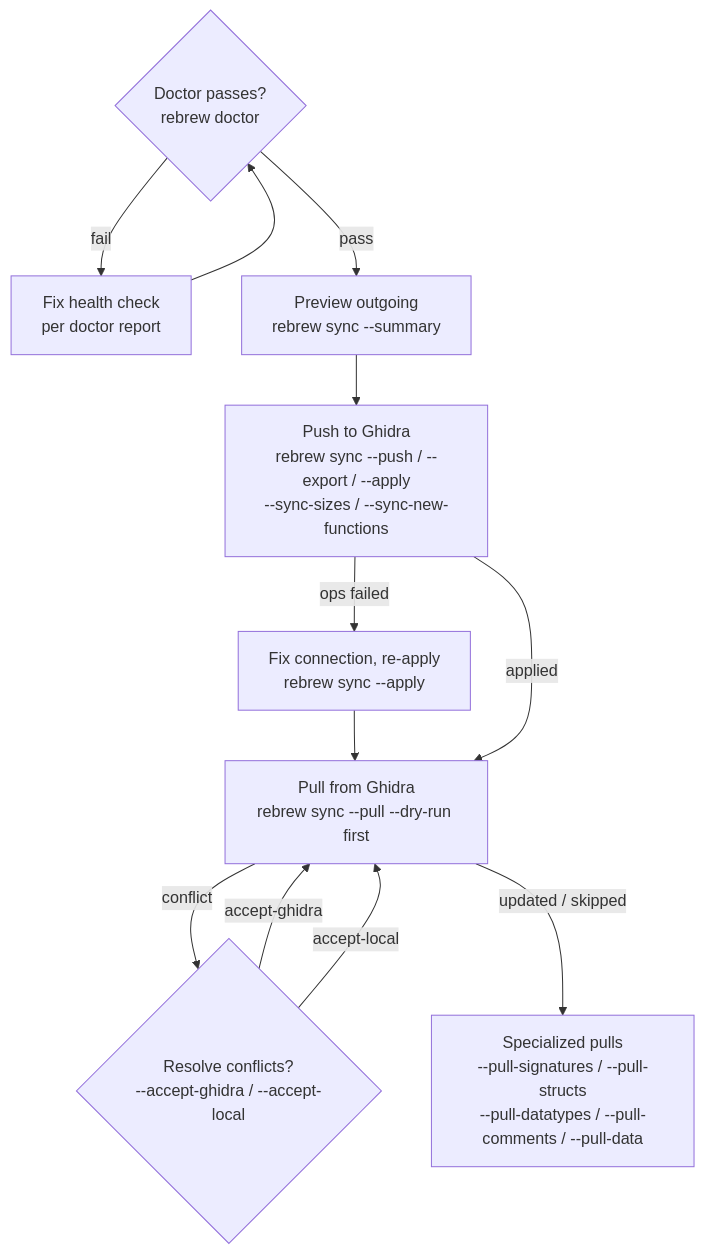
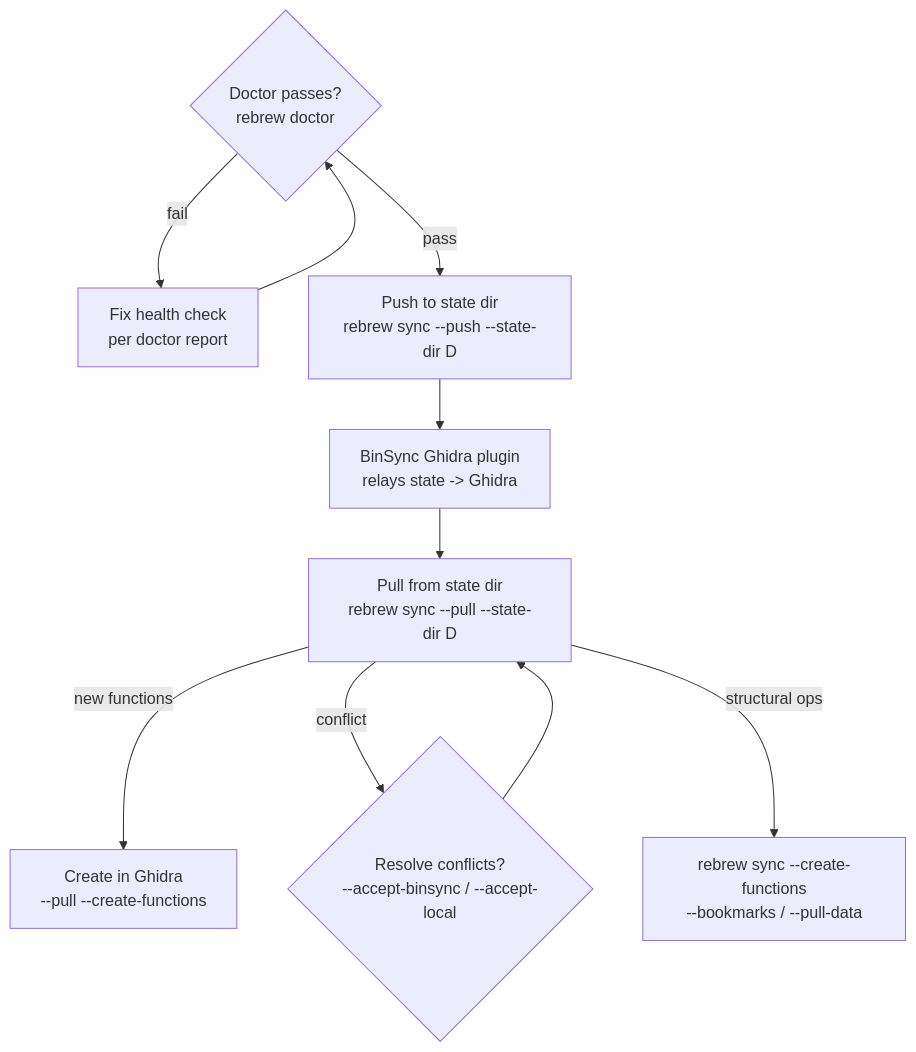
Before and after one commit to maci0/rebrew: the diagram in .agents/skills/rebrew-ghidra-sync/SKILL.md, drawn with Mermaid. The commit also changed other lines of this file and 39 other files, not shown here.

First line of the commit message:
feat: BinSync-primary sync (R1 destructive) + SIZE inline (R3) + drop [rebrew] shim (R2)

````diff
--- a/.agents/skills/rebrew-ghidra-sync/SKILL.md
+++ b/.agents/skills/rebrew-ghidra-sync/SKILL.md
@@ -7,14 +7,12 @@
 ```mermaid
 graph TD
     Doctor{Doctor passes?<br/>rebrew doctor} -->|fail| Fix[Fix health check<br/>per doctor report]
     Fix --> Doctor
-    Doctor -->|pass| Summary[Preview outgoing<br/>rebrew sync --summary]
-    Summary --> Push[Push to Ghidra<br/>rebrew sync --push / --export / --apply<br/>--sync-sizes / --sync-new-functions]
-    Push -->|ops failed| Reapply[Fix connection, re-apply<br/>rebrew sync --apply]
-    Reapply --> Pull
-    Push -->|applied| Pull[Pull from Ghidra<br/>rebrew sync --pull --dry-run first]
-    Pull -->|conflict| Resolve{Resolve conflicts?<br/>--accept-ghidra / --accept-local}
-    Resolve -->|accept-ghidra| Pull
-    Resolve -->|accept-local| Pull
-    Pull -->|updated / skipped| Special[Specialized pulls<br/>--pull-signatures / --pull-structs<br/>--pull-datatypes / --pull-comments / --pull-data]
+    Doctor -->|pass| Push[Push to state dir<br/>rebrew sync --push --state-dir D]
+    Push --> Plugin[BinSync Ghidra plugin<br/>relays state -> Ghidra]
+    Plugin --> Pull[Pull from state dir<br/>rebrew sync --pull --state-dir D]
+    Pull -->|new functions| Chain[Create in Ghidra<br/>--pull --create-functions]
+    Pull -->|conflict| Resolve{Resolve conflicts?<br/>--accept-binsync / --accept-local}
+    Resolve --> Pull
+    Pull -->|structural ops| Mcp[rebrew sync --create-functions<br/>--bookmarks / --pull-data]
 ```
````
